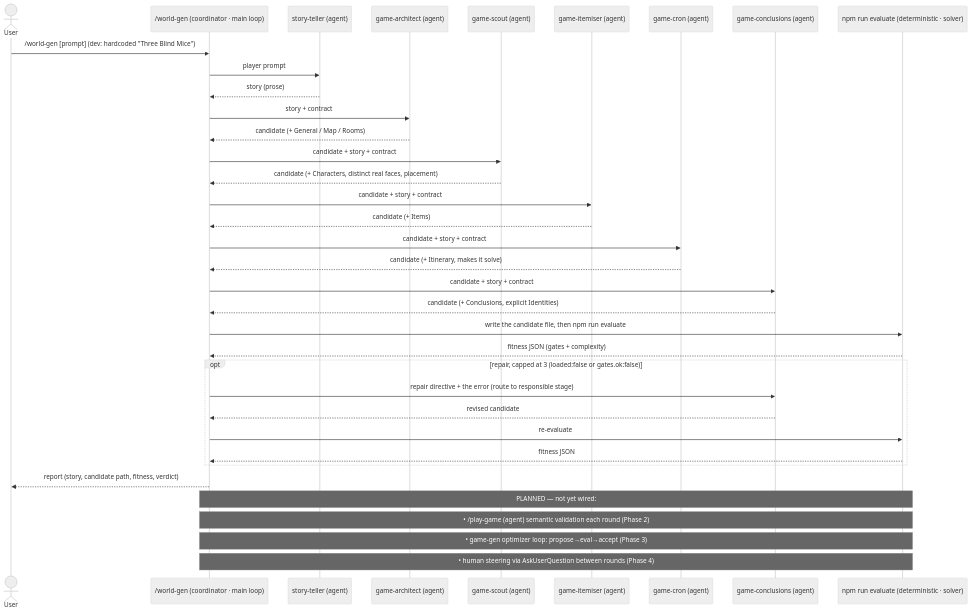
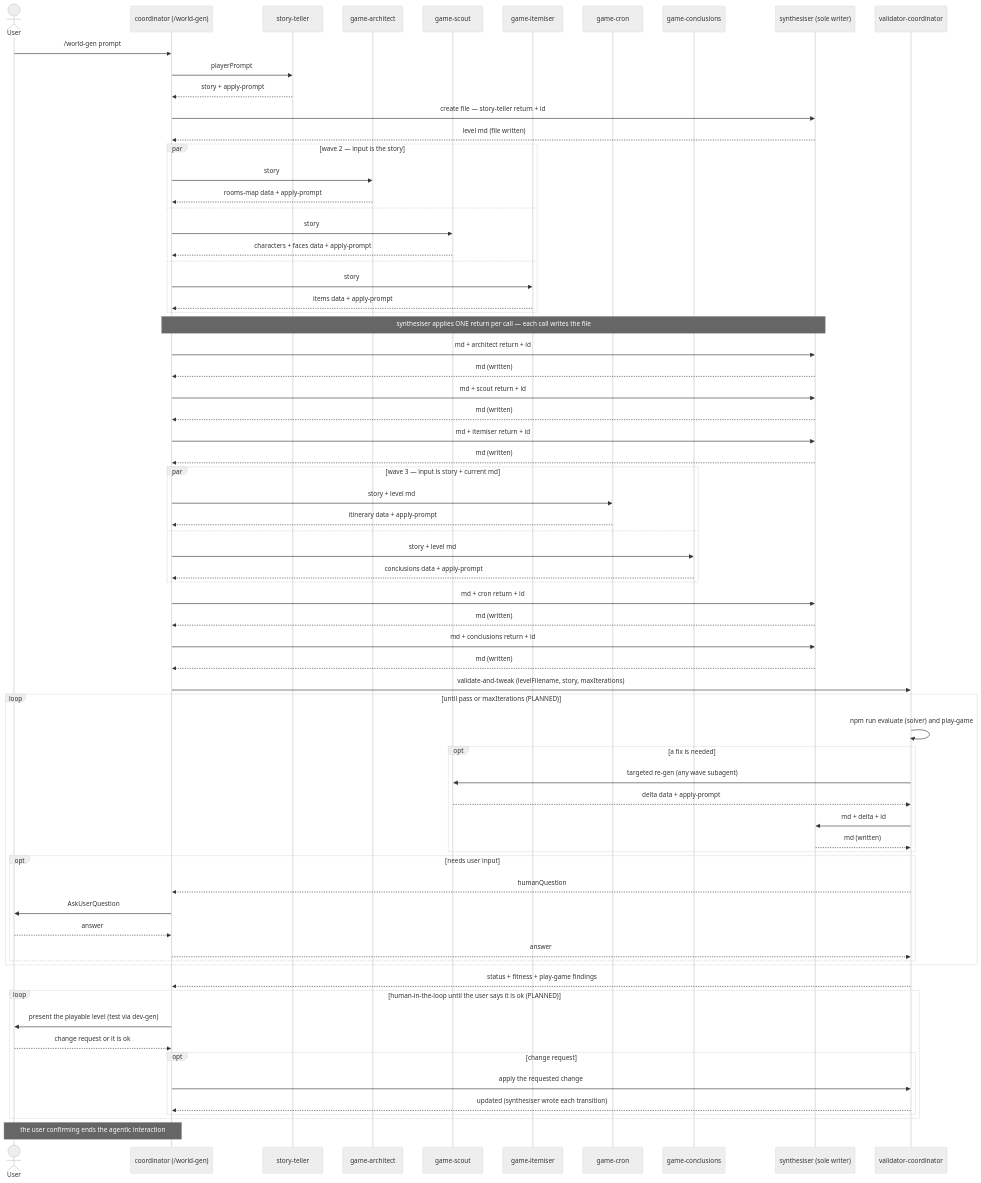
One commit to DecentAppsNet/castle-mystery changed the first of 2 diagrams in docs/design/world-gen-agentic-hld.md. Above: the diagram before and after it, drawn with Mermaid (neutral theme). The commit also changed other lines of this file and 3 other files, not shown here.

First line of the commit message:
Revise world-gen agent architecture: pure subagents + synthesiser + parallel waves

````diff
--- a/docs/design/world-gen-agentic-hld.md
+++ b/docs/design/world-gen-agentic-hld.md
@@ -59,40 +58,77 @@
 ```mermaid
 sequenceDiagram
     actor User
-    participant WG as /world-gen (coordinator · main loop)
-    participant ST as story-teller (agent)
-    participant AR as game-architect (agent)
-    participant SC as game-scout (agent)
-    participant IT as game-itemiser (agent)
-    participant CR as game-cron (agent)
-    participant CN as game-conclusions (agent)
-    participant EV as npm run evaluate (deterministic · solver)
+    participant WG as coordinator (/world-gen)
+    participant ST as story-teller
+    participant AR as game-architect
+    participant SC as game-scout
+    participant IT as game-itemiser
+    participant CR as game-cron
+    participant CN as game-conclusions
+    participant SY as synthesiser (sole writer)
+    participant VC as validator-coordinator
 
-    User->>WG: /world-gen [prompt]  (dev: hardcoded "Three Blind Mice")
-    WG->>ST: player prompt
-    ST-->>WG: story (prose)
-    WG->>AR: story + contract
-    AR-->>WG: candidate (+ General / Map / Rooms)
-    WG->>SC: candidate + story + contract
-    SC-->>WG: candidate (+ Characters, distinct real faces, placement)
-    WG->>IT: candidate + story + contract
-    IT-->>WG: candidate (+ Items)
-    WG->>CR: candidate + story + contract
-    CR-->>WG: candidate (+ Itinerary, makes it solve)
-    WG->>CN: candidate + story + contract
-    CN-->>WG: candidate (+ Conclusions, explicit Identities)
-    WG->>EV: write the candidate file, then npm run evaluate
-    EV-->>WG: fitness JSON (gates + complexity)
-    opt repair, capped at 3 (loaded:false or gates.ok:false)
-        WG->>CN: repair directive + the error (route to responsible stage)
-        CN-->>WG: revised candidate
-        WG->>EV: re-evaluate
-        EV-->>WG: fitness JSON
+    User->>WG: /world-gen prompt
+    WG->>ST: playerPrompt
+    ST-->>WG: story + apply-prompt
+    WG->>SY: create file — story-teller return + id
+    SY-->>WG: level md (file written)
+
+    par wave 2 — input is the story
+        WG->>AR: story
+        AR-->>WG: rooms-map data + apply-prompt
+    and
+        WG->>SC: story
+        SC-->>WG: characters + faces data + apply-prompt
+    and
+        WG->>IT: story
+        IT-->>WG: items data + apply-prompt
     end
-    WG-->>User: report (story, candidate path, fitness, verdict)
+    Note over WG,SY: synthesiser applies ONE return per call — each call writes the file
+    WG->>SY: md + architect return + id
+    SY-->>WG: md (written)
+    WG->>SY: md + scout return + id
+    SY-->>WG: md (written)
+    WG->>SY: md + itemiser return + id
+    SY-->>WG: md (written)
 
-    Note over WG,EV: PLANNED — not yet wired:
-    Note over WG,EV: • /play-game (agent) semantic validation each round (Phase 2)
-    Note over WG,EV: • game-gen optimizer loop: propose→eval→accept (Phase 3)
-    Note over WG,EV: • human steering via AskUserQuestion between rounds (Phase 4)
+    par wave 3 — input is story + current md
+        WG->>CR: story + level md
+        CR-->>WG: itinerary data + apply-prompt
+    and
+        WG->>CN: story + level md
+        CN-->>WG: conclusions data + apply-prompt
+    end
+    WG->>SY: md + cron return + id
+    SY-->>WG: md (written)
+    WG->>SY: md + conclusions return + id
+    SY-->>WG: md (written)
+
+    WG->>VC: validate-and-tweak (levelFilename, story, maxIterations)
+    loop until pass or maxIterations (PLANNED)
+        VC->>VC: npm run evaluate (solver) and play-game
+        opt a fix is needed
+            VC->>SC: targeted re-gen (any wave subagent)
+            SC-->>VC: delta data + apply-prompt
+            VC->>SY: md + delta + id
+            SY-->>VC: md (written)
+        end
+        opt needs user input
+            VC-->>WG: humanQuestion
+            WG->>User: AskUserQuestion
+            User-->>WG: answer
+            WG-->>VC: answer
+        end
+    end
+    VC-->>WG: status + fitness + play-game findings
+
+    loop human-in-the-loop until the user says it is ok (PLANNED)
+        WG->>User: present the playable level (test via dev-gen)
+        User-->>WG: change request or it is ok
+        opt change request
+            WG->>VC: apply the requested change
+            VC-->>WG: updated (synthesiser wrote each transition)
+        end
+    end
+    Note over User,WG: the user confirming ends the agentic interaction
 ```
````
